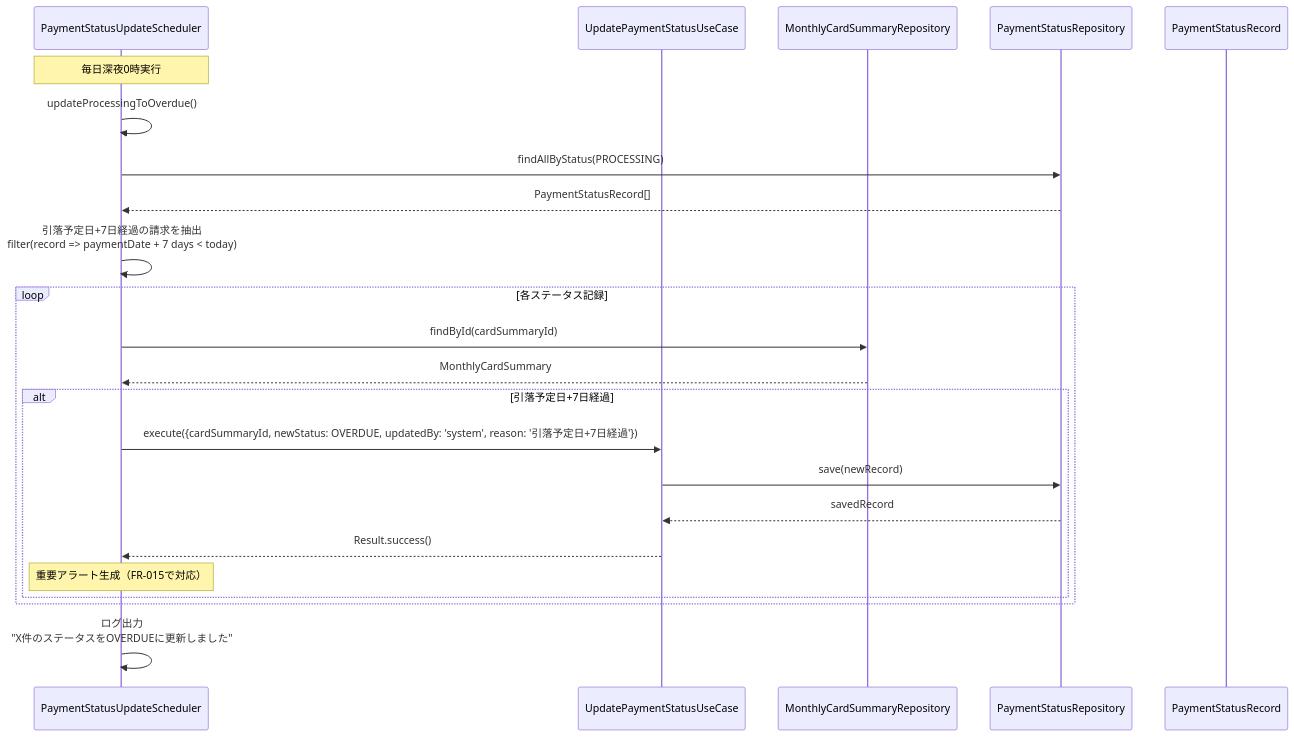
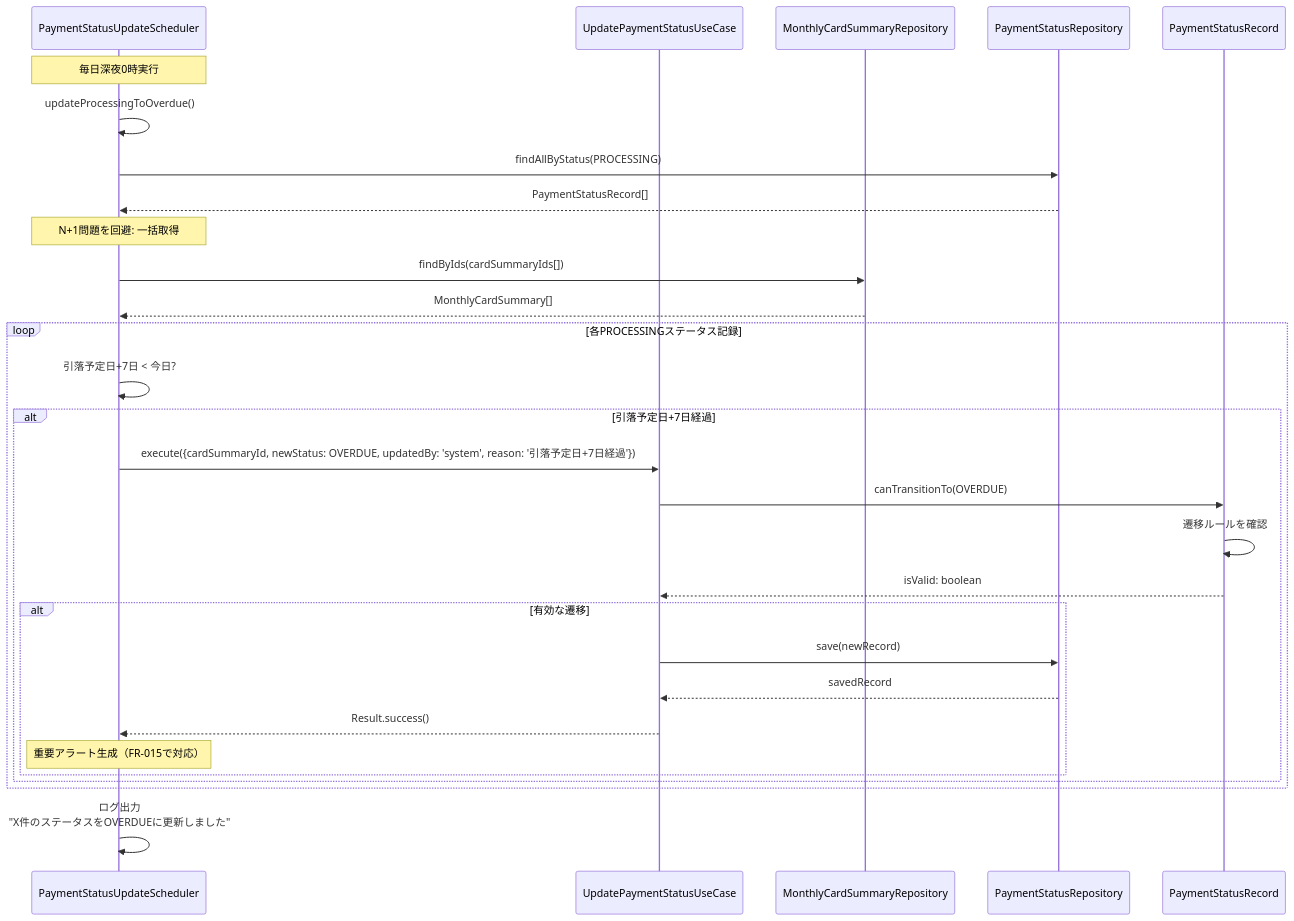
Before and after one commit to kencom2400/account-book: the third of 12 diagrams in docs/detailed-design/FR-014_payment-status-management/sequence-diagrams.md, drawn with Mermaid. The commit also changed 2 other files, not shown here.

Commit message:
fix(docs): 残りの修正を完了
- PaymentStatusRecordクラス図からisValidTransitionメソッドを削除
- PaymentStatusUpdateSchedulerクラス図からupdateProcessingToPaid/updateProcessingToDisputedメソッドを削除
- PROCESSING → OVERDUEのシーケンス図にEntityの検証を追加

Geminiレビュー指摘対応（2回目・追加修正）

Issue: #35

````diff
--- a/docs/detailed-design/FR-014_payment-status-management/sequence-diagrams.md
+++ b/docs/detailed-design/FR-014_payment-status-management/sequence-diagrams.md
@@ -196,34 +196,40 @@
 ```mermaid
 sequenceDiagram
     participant Scheduler as PaymentStatusUpdateScheduler
     participant UC as UpdatePaymentStatusUseCase
     participant SummaryRepo as MonthlyCardSummaryRepository
     participant StatusRepo as PaymentStatusRepository
     participant Entity as PaymentStatusRecord
 
     Note over Scheduler: 毎日深夜0時実行
 
     Scheduler->>Scheduler: updateProcessingToOverdue()
     Scheduler->>StatusRepo: findAllByStatus(PROCESSING)
     StatusRepo-->>Scheduler: PaymentStatusRecord[]
 
-    Scheduler->>Scheduler: 引落予定日+7日経過の請求を抽出<br/>filter(record => paymentDate + 7 days < today)
+    Note over Scheduler: N+1問題を回避: 一括取得
+    Scheduler->>SummaryRepo: findByIds(cardSummaryIds[])
+    SummaryRepo-->>Scheduler: MonthlyCardSummary[]
 
-    loop 各ステータス記録
-        Scheduler->>SummaryRepo: findById(cardSummaryId)
-        SummaryRepo-->>Scheduler: MonthlyCardSummary
+    loop 各PROCESSINGステータス記録
+        Scheduler->>Scheduler: 引落予定日+7日 < 今日?
 
         alt 引落予定日+7日経過
             Scheduler->>UC: execute({cardSummaryId, newStatus: OVERDUE, updatedBy: 'system', reason: '引落予定日+7日経過'})
 
-            UC->>StatusRepo: save(newRecord)
-            StatusRepo-->>UC: savedRecord
+            UC->>Entity: canTransitionTo(OVERDUE)
+            Entity->>Entity: 遷移ルールを確認
+            Entity-->>UC: isValid: boolean
 
-            UC-->>Scheduler: Result.success()
+            alt 有効な遷移
+                UC->>StatusRepo: save(newRecord)
+                StatusRepo-->>UC: savedRecord
+                UC-->>Scheduler: Result.success()
 
-            Note over Scheduler: 重要アラート生成（FR-015で対応）
+                Note over Scheduler: 重要アラート生成（FR-015で対応）
+            end
         end
     end
 
     Scheduler->>Scheduler: ログ出力<br/>"X件のステータスをOVERDUEに更新しました"
 ```
````
